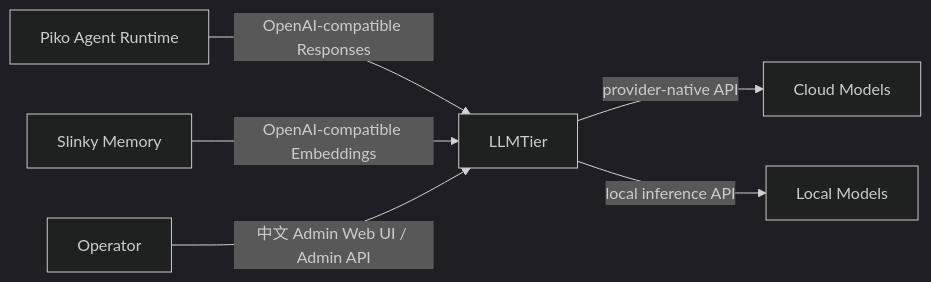
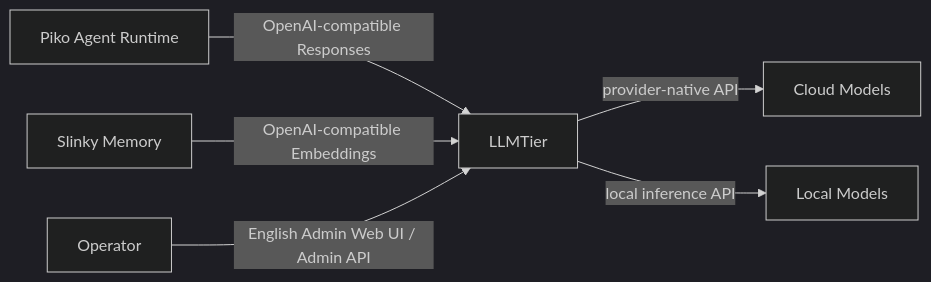
One commit to corezilla/LLMTier changed the first of 6 diagrams in docs/20_system_design/llmtier-system-design.md. Above: the diagram before and after it, drawn with Mermaid (dark theme). The commit also changed other lines of this file and 10 other files, not shown here.

````diff
--- a/docs/20_system_design/llmtier-system-design.md
+++ b/docs/20_system_design/llmtier-system-design.md
@@ -70,8 +70,8 @@
 ```mermaid
 flowchart LR
   P[Piko Agent Runtime] -->|OpenAI-compatible Responses| L[LLMTier]
   K[Slinky Memory] -->|OpenAI-compatible Embeddings| L
-  O[Operator] -->|中文 Admin Web UI / Admin API| L
+  O[Operator] -->|English Admin Web UI / Admin API| L
   L -->|provider-native API| C[Cloud Models]
   L -->|local inference API| M[Local Models]
 ```
````
